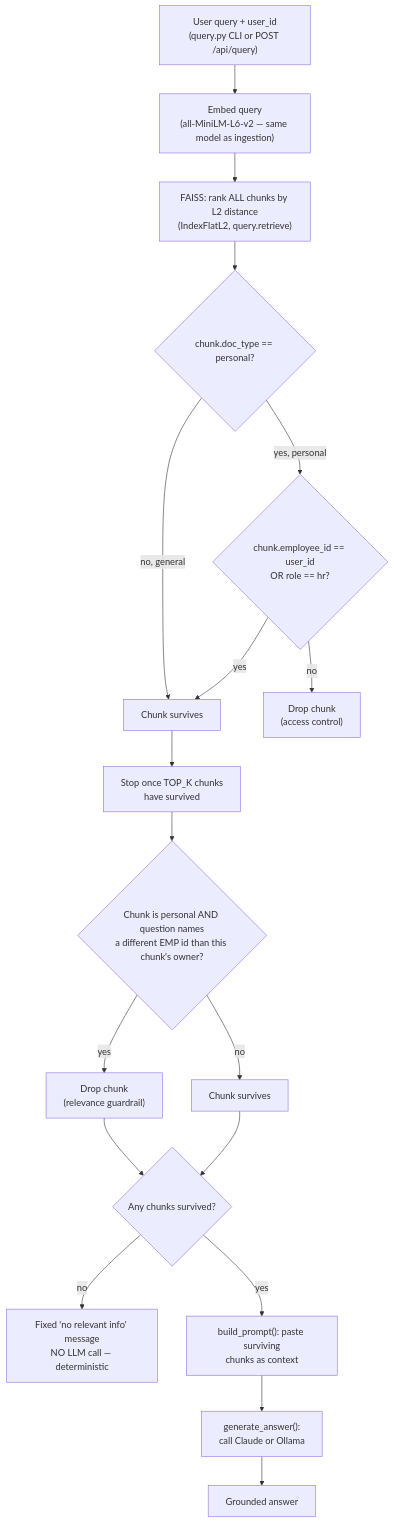
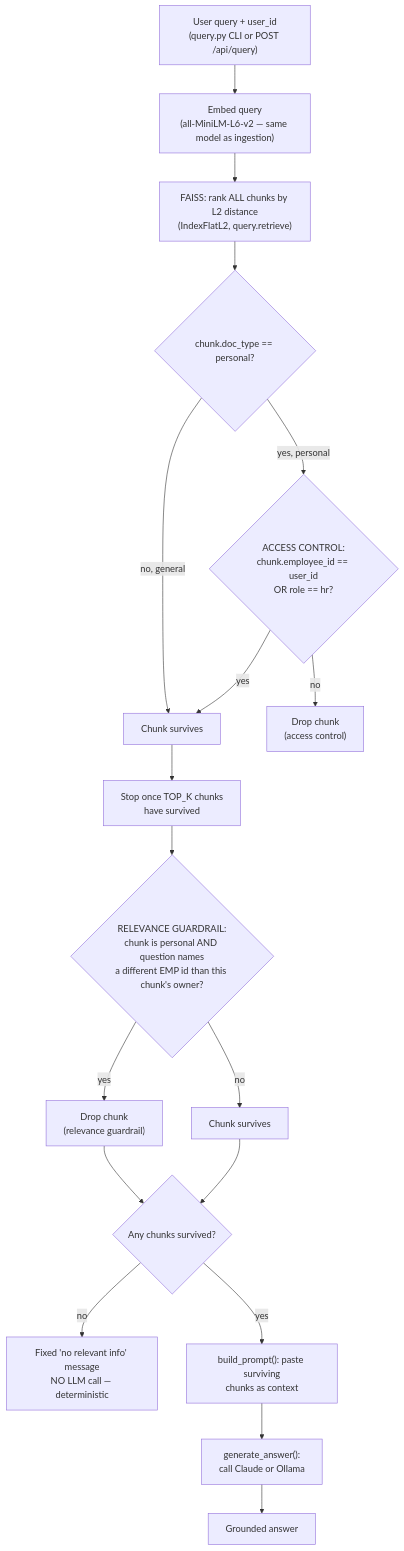
The diagram in ARCHITECTURE.md (murali290987/HR_Portal), drawn with Mermaid before and after one commit.

Commit message:
Label the access-control and guardrail diamonds explicitly in the flow diagram
Both filtering stages were present but only identifiable by their
description text. Prefixed each decision diamond with ACCESS CONTROL:
and RELEVANCE GUARDRAIL: so they're immediately recognizable at a
glance. Re-rendered locally to confirm the diagram still displays
correctly after the change.

````diff
--- a/ARCHITECTURE.md
+++ b/ARCHITECTURE.md
@@ -19,33 +19,33 @@
 ```mermaid
 flowchart TD
     Q["User query + user_id<br/>(query.py CLI or POST /api/query)"]
     EMB["Embed query<br/>(all-MiniLM-L6-v2 — same model as ingestion)"]
     FAISS["FAISS: rank ALL chunks by L2 distance<br/>(IndexFlatL2, query.retrieve)"]
     PERSONAL{"chunk.doc_type == personal?"}
-    OWNER{"chunk.employee_id == user_id<br/>OR role == hr?"}
+    OWNER{"ACCESS CONTROL:<br/>chunk.employee_id == user_id<br/>OR role == hr?"}
     DROP_AC["Drop chunk<br/>(access control)"]
     KEEP1["Chunk survives"]
     TOPK["Stop once TOP_K chunks<br/>have survived"]
-    NAMED{"Chunk is personal AND question names<br/>a different EMP id than this chunk's owner?"}
+    NAMED{"RELEVANCE GUARDRAIL:<br/>chunk is personal AND question names<br/>a different EMP id than this chunk's owner?"}
     DROP_GR["Drop chunk<br/>(relevance guardrail)"]
     KEEP2["Chunk survives"]
     ANY{"Any chunks survived?"}
     FIXED["Fixed 'no relevant info' message<br/>NO LLM call — deterministic"]
     PROMPT["build_prompt(): paste surviving<br/>chunks as context"]
     LLM["generate_answer():<br/>call Claude or Ollama"]
     ANSWER["Grounded answer"]
 
     Q --> EMB --> FAISS --> PERSONAL
     PERSONAL -->|no, general| KEEP1
     PERSONAL -->|yes, personal| OWNER
     OWNER -->|yes| KEEP1
     OWNER -->|no| DROP_AC
     KEEP1 --> TOPK
     TOPK --> NAMED
     NAMED -->|yes| DROP_GR
     NAMED -->|no| KEEP2
     DROP_GR --> ANY
     KEEP2 --> ANY
     ANY -->|no| FIXED
     ANY -->|yes| PROMPT --> LLM --> ANSWER
 ```
````
